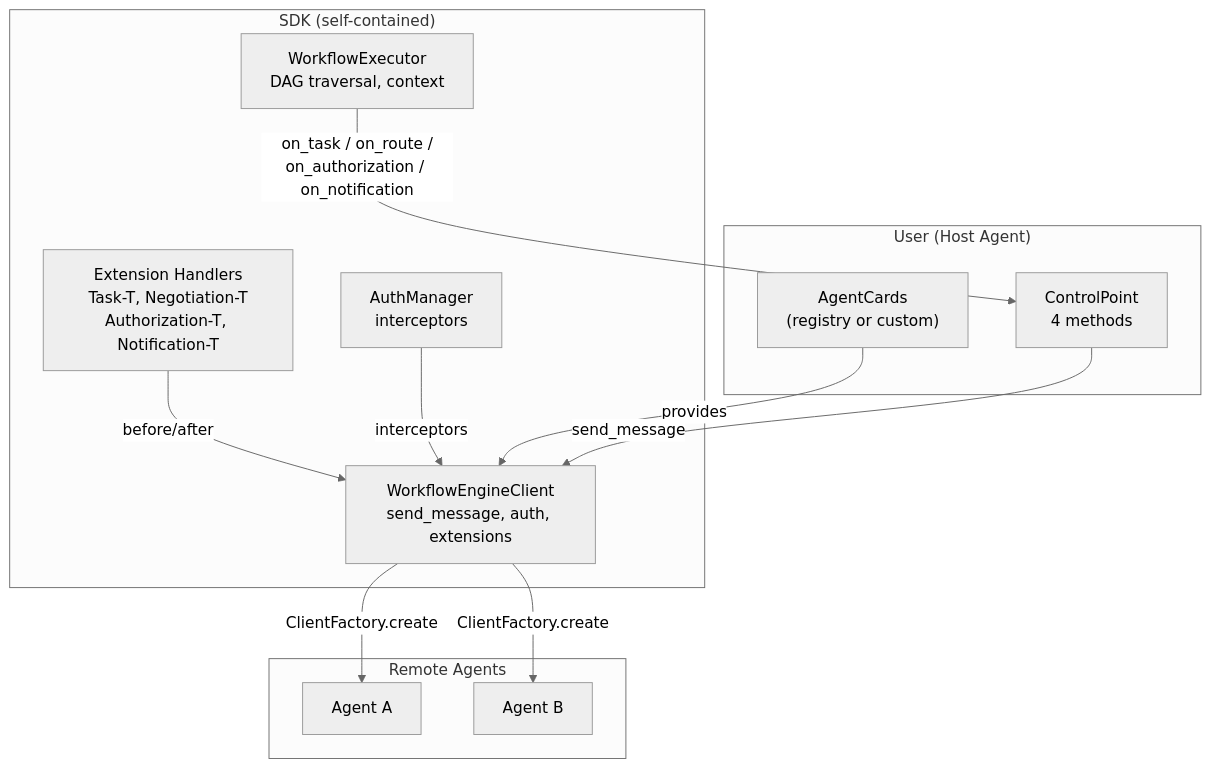
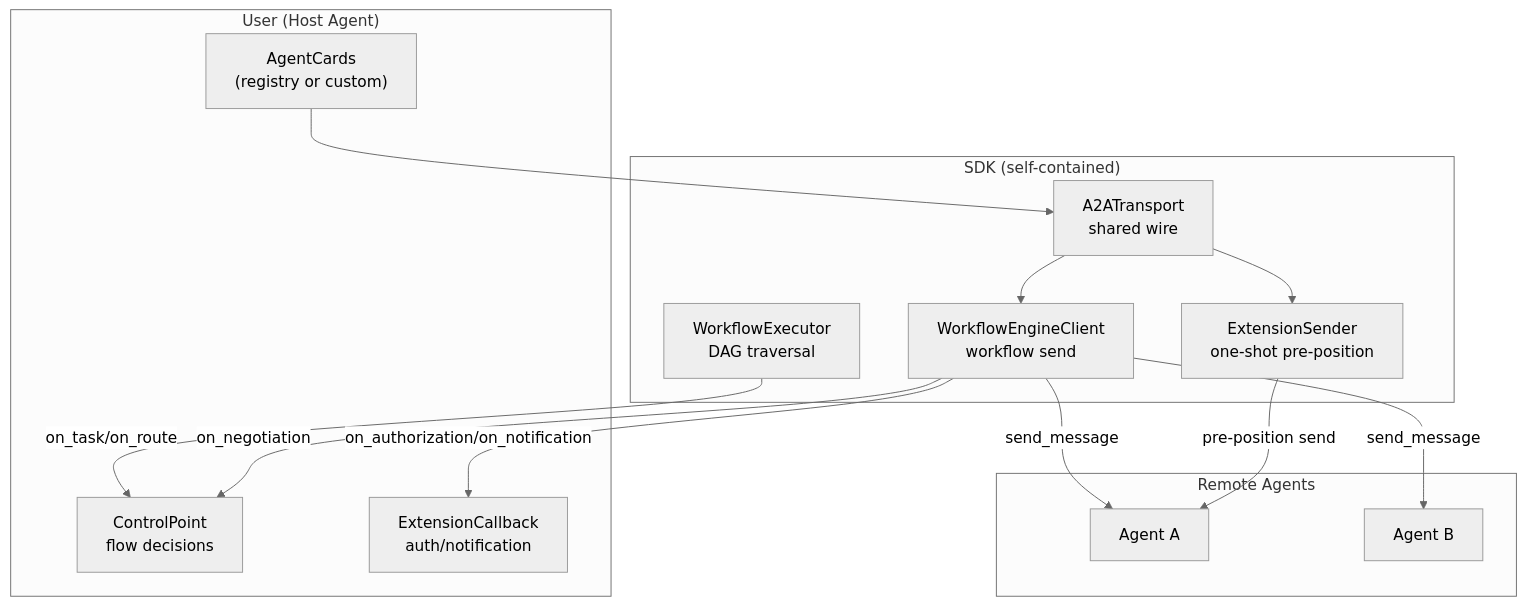
One commit to project-openan/workflow-engine-sdk-python changed the diagram in README_en.md. Above: the diagram before and after it, drawn with Mermaid (neutral theme). The commit also changed other lines of this file and 13 other files, not shown here.

````diff
--- a/README_en.md
+++ b/README_en.md
@@ -18,24 +33,27 @@
 ```mermaid
 flowchart TB
     subgraph User["User (Host Agent)"]
         AC["AgentCards<br/>(registry or custom)"]
-        CP["ControlPoint<br/>4 methods"]
+        CP["ControlPoint<br/>flow decisions"]
+        ECB["ExtensionCallback<br/>auth/notification"]
     end
     subgraph SDK["SDK (self-contained)"]
-        WEC["WorkflowEngineClient<br/>send_message, auth, extensions"]
-        WE["WorkflowExecutor<br/>DAG traversal, context"]
-        EH["Extension Handlers<br/>Task-T, Negotiation-T<br/>Authorization-T, Notification-T"]
-        AM["AuthManager<br/>interceptors"]
+        TR["A2ATransport<br/>shared wire"]
+        WEC["WorkflowEngineClient<br/>workflow send"]
+        ES["ExtensionSender<br/>one-shot pre-position"]
+        WE["WorkflowExecutor<br/>DAG traversal"]
     end
     subgraph Agents["Remote Agents"]
         A1["Agent A"]
         A2["Agent B"]
     end
-    AC -->|provides| WEC
-    AM -->|interceptors| WEC
-    EH -->|before/after| WEC
-    WE -->|on_task / on_route /<br/>on_authorization / on_notification| CP
-    CP -->|send_message| WEC
-    WEC -->|ClientFactory.create| A1
-    WEC -->|ClientFactory.create| A2
+    AC --> TR
+    TR --> WEC
+    TR --> ES
+    WEC -->|send_message| A1
+    WEC -->|send_message| A2
+    ES -->|pre-position send| A1
+    WE -->|on_task/on_route| CP
+    WEC -->|on_negotiation| CP
+    WEC -->|on_authorization/on_notification| ECB
 ```
````
